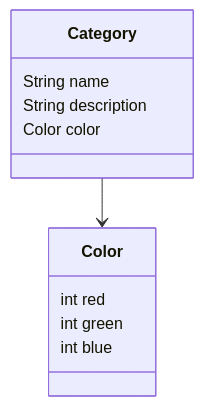
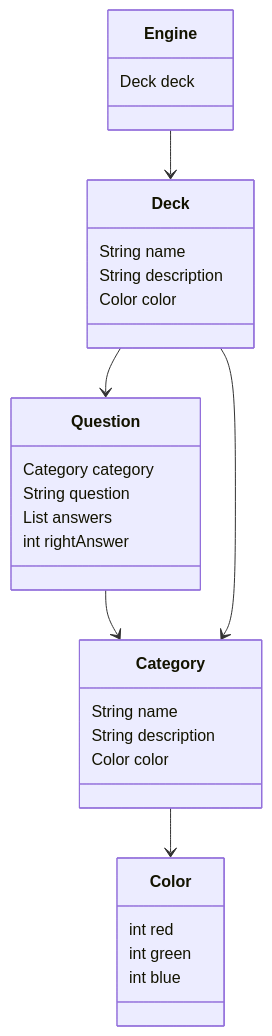
Before and after one commit to ProfesorDiegoRosado/Quizies: the diagram in QuizzEngine/README.md, drawn with Mermaid.

Commit message:
Adding model classes diagrams using mermaid with MarkDown in github

````diff
--- a/QuizzEngine/README.md
+++ b/QuizzEngine/README.md
@@ -19,17 +19,41 @@
 ```mermaid
 classDiagram
 
 class Color {
     int red
     int green
     int blue
 } 
 
 class Category {
     String name
     String description
     Color color
 }
 
+class Question {
+    Category category
+    String question
+    List<String> answers
+    int rightAnswer
+}
+
+class Deck {
+    String name 
+    String description 
+    Color color 
+}
+
+class Engine {
+    Deck deck 
+}
+
 Category --> Color
+
+Question --> Category
+
+Deck --> Question
+Deck --> Category
+
+Engine --> Deck
 ``` 
````
